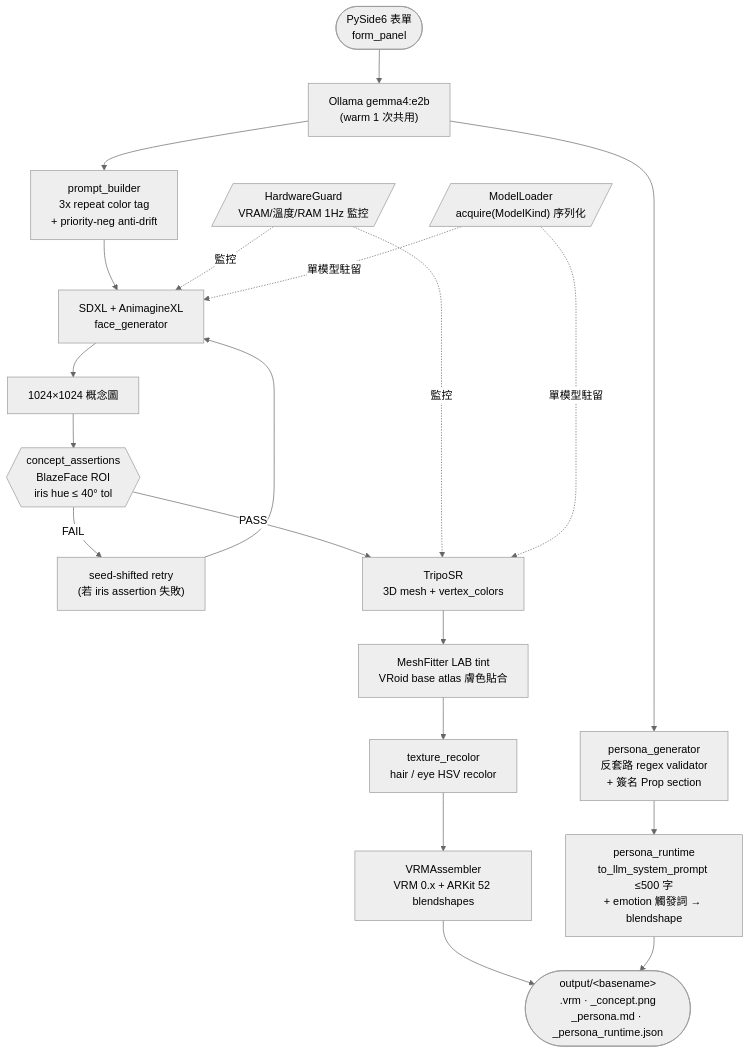
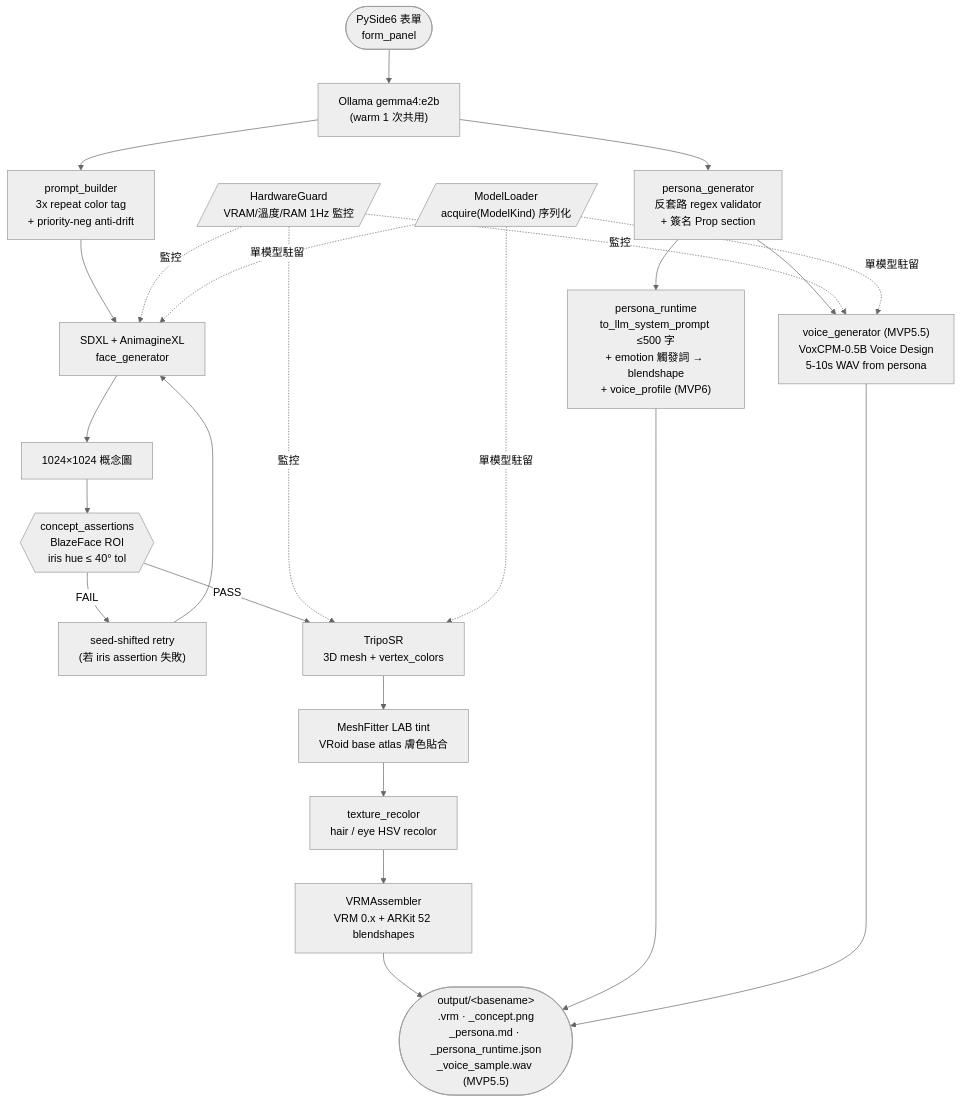
One commit to techtrekleo/AutoVtuber changed the diagram in README.md. Above: the diagram before and after it, drawn with Mermaid (neutral theme). The commit also changed other lines of this file and 2 other files, not shown here.

Commit message:
docs: MVP5.5 plan — VoxCPM-0.5B voice preview integration
AUTOVTUBER.md:
- Add VoxCPM section to 外部專案借鑑清單 (alongside Open-LLM-VTuber)
- Apache 2.0 / Voice Design / 30 langs incl. 9 Chinese dialects / 5GB VRAM
- Compare 7 TTS alternatives — VoxCPM only one satisfying
  commercial-OK + Chinese + Voice Design + 12GB-GPU-friendly
- DO/DON'T table for VoxCPM integration (variant choice / ModelLoader
  serialization / Voice Design prompt format / fallback policy)
- Update Roadmap: MVP5 ✅, MVP5.5 (voice preview) IN PROGRESS,
  MVP6 (voice_profile + LLM provider abstract), MVP7 (full runtime)

README.md:
- Architecture mermaid: add VOICE node (VoxCPM Voice Design 5-10s WAV)
  fed by PERSONA; flows to OUT (now 5 files including _voice_sample.wav)
- Output file list: add 5th artifact _voice_sample.wav (MVP5.5)

docs/architecture.md:
- Top mermaid: add Stage 4 subgraph (purple) for VoxCPM voice
- Add VOXCPM model node in DATA (openbmb/VoxCPM-0.5B, ~2.5GB cache, 5GB VRAM)
- 5-file output box (was 4)
- ModelLoader serialization edge to VOXCPM
- HardwareGuard monitors VG node

Tasks 13 complete → next: install VoxCPM-0.5B (task 14)

````diff
--- a/README.md
+++ b/README.md
@@ -33,34 +33,39 @@
 ```mermaid
 flowchart TD
   FORM(["PySide6 表單\nform_panel"])
   OLLAMA["Ollama gemma4:e2b\n(warm 1 次共用)"]
   PROMPT["prompt_builder\n3x repeat color tag\n+ priority-neg anti-drift"]
   PERSONA["persona_generator\n反套路 regex validator\n+ 簽名 Prop section"]
   SDXL["SDXL + AnimagineXL\nface_generator"]
   CONCEPT["1024×1024 概念圖"]
   ASSERT{{"concept_assertions\nBlazeFace ROI\niris hue ≤ 40° tol"}}
   RETRY["seed-shifted retry\n(若 iris assertion 失敗)"]
   TRIPO["TripoSR\n3D mesh + vertex_colors"]
   MESHFIT["MeshFitter LAB tint\nVRoid base atlas 膚色貼合"]
   RECOLOR["texture_recolor\nhair / eye HSV recolor"]
   ASM["VRMAssembler\nVRM 0.x + ARKit 52 blendshapes"]
-  RUNTIME["persona_runtime\nto_llm_system_prompt ≤500 字\n+ emotion 觸發詞 → blendshape"]
-  OUT(["output/&lt;basename&gt;\n.vrm · _concept.png\n_persona.md · _persona_runtime.json"])
+  RUNTIME["persona_runtime\nto_llm_system_prompt ≤500 字\n+ emotion 觸發詞 → blendshape\n+ voice_profile (MVP6)"]
+  VOICE["voice_generator (MVP5.5)\nVoxCPM-0.5B Voice Design\n5-10s WAV from persona"]
+  OUT(["output/&lt;basename&gt;\n.vrm · _concept.png\n_persona.md · _persona_runtime.json\n_voice_sample.wav (MVP5.5)"])
   HW[/"HardwareGuard\nVRAM/溫度/RAM 1Hz 監控"/]
   ML[/"ModelLoader\nacquire(ModelKind) 序列化"/]
 
   FORM --> OLLAMA
   OLLAMA --> PROMPT
   OLLAMA --> PERSONA
   PERSONA --> RUNTIME
+  PERSONA --> VOICE
   PROMPT --> SDXL --> CONCEPT
   CONCEPT --> ASSERT
   ASSERT -->|FAIL| RETRY --> SDXL
   ASSERT -->|PASS| TRIPO
   TRIPO --> MESHFIT --> RECOLOR --> ASM --> OUT
   RUNTIME --> OUT
+  VOICE --> OUT
   HW -.監控.-> SDXL
   HW -.監控.-> TRIPO
+  HW -.監控.-> VOICE
   ML -.單模型駐留.-> SDXL
   ML -.單模型駐留.-> TRIPO
+  ML -.單模型駐留.-> VOICE
 ```
````
